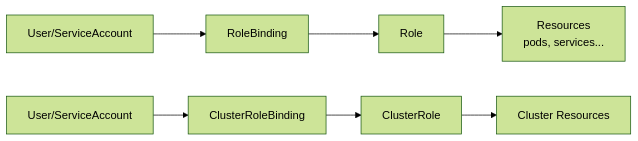
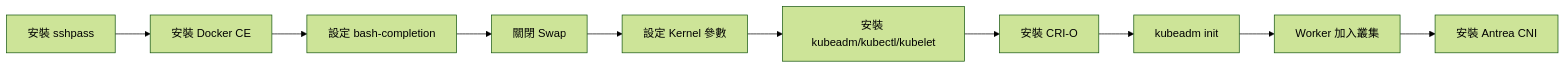
The second of 2 diagrams in docs/lab12_k8s_install.md (CaoCharles/dcka-class-notes), drawn with Mermaid (forest theme) before and after one commit. The commit also changed other lines of this file, not shown here.

Commit message:
LAB 12: Focus on practical K8s cluster installation

````diff
--- a/docs/lab12_k8s_install.md
+++ b/docs/lab12_k8s_install.md
@@ -921,10 +210,12 @@
 ```mermaid
 graph LR
-    User[User/ServiceAccount] --> RB[RoleBinding]
-    RB --> Role[Role]
-    Role --> Resources[Resources<br/>pods, services...]
-    
-    User2[User/ServiceAccount] --> CRB[ClusterRoleBinding]
-    CRB --> CR[ClusterRole]
-    CR --> Resources2[Cluster Resources]
+    A[安裝 sshpass] --> B[安裝 Docker CE]
+    B --> C[設定 bash-completion]
+    C --> D[關閉 Swap]
+    D --> E[設定 Kernel 參數]
+    E --> F[安裝 kubeadm/kubectl/kubelet]
+    F --> G[安裝 CRI-O]
+    G --> H[kubeadm init]
+    H --> I[Worker 加入叢集]
+    I --> J[安裝 Antrea CNI]
 ```
````
